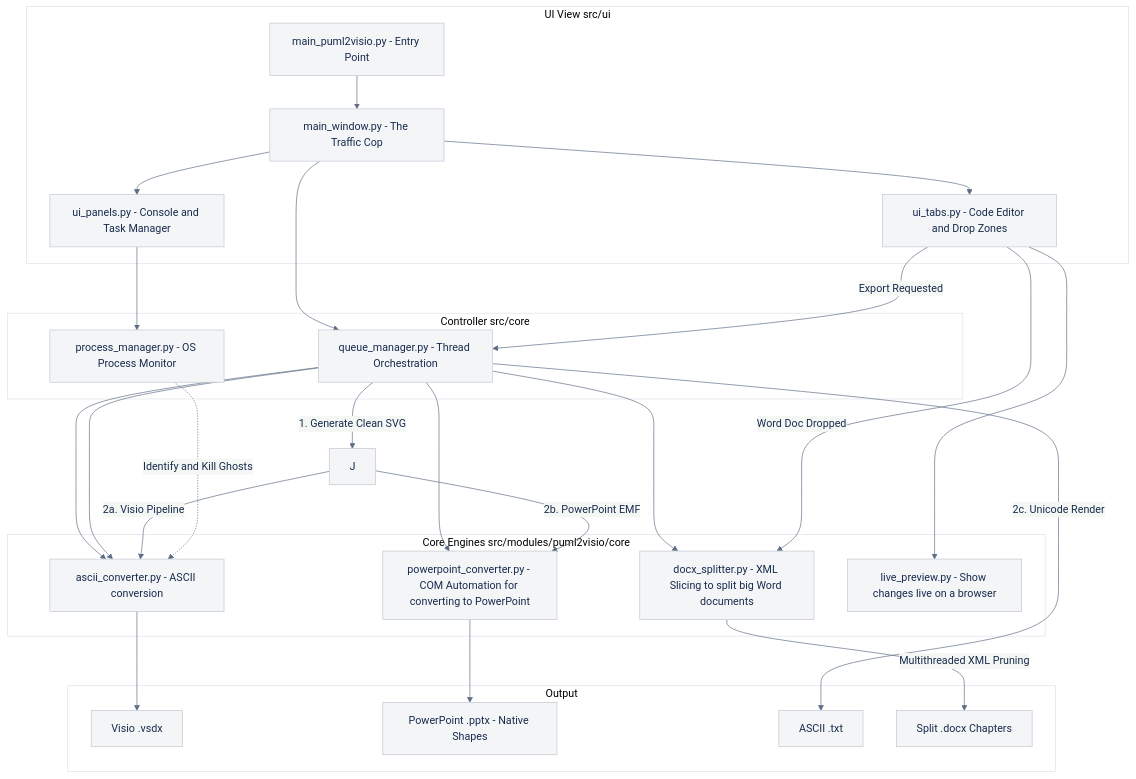
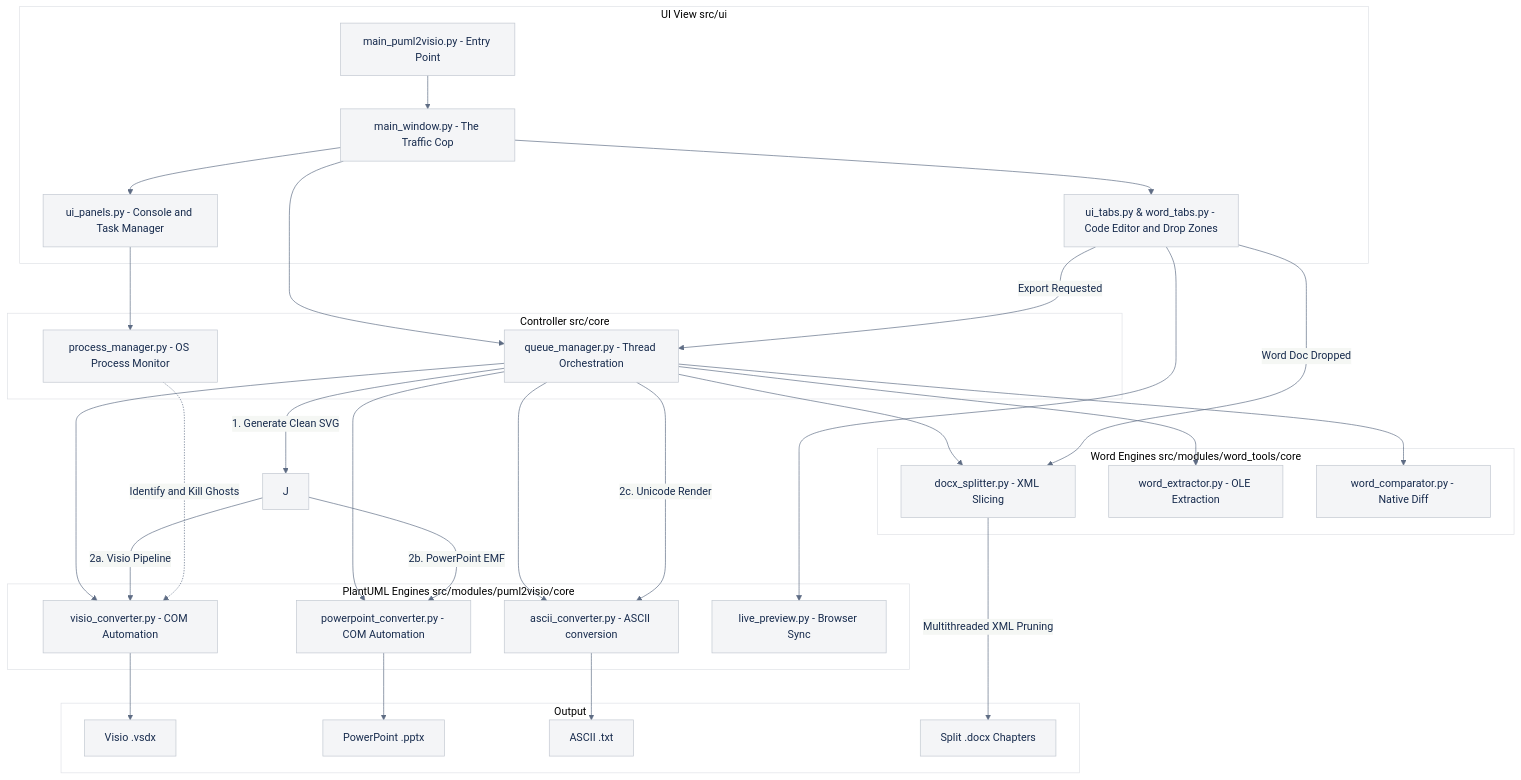
One commit to telekom/3gpp-meeting-tools changed the diagram in 3GPP Tools/README.md. Above: the diagram before and after it, drawn with Mermaid. The commit also changed other lines of this file, not shown here.

Commit message:
Documentation update

````diff
--- a/3GPP Tools/README.md
+++ b/3GPP Tools/README.md
@@ -37,45 +38,51 @@
 ```mermaid
 %%{init: {"theme": "base", "themeVariables": { "primaryColor": "#f4f5f7", "primaryBorderColor": "#c1c7d0", "primaryTextColor": "#172b4d", "lineColor": "#5e6c84", "fontFamily": "Segoe UI, sans-serif", "clusterBkg": "#ffffff", "clusterBorder": "#dfe1e6" }}}%%
 graph TD
     subgraph view [UI View src/ui]
         E[main_puml2visio.py - Entry Point] --> M[main_window.py - The Traffic Cop]
-        M --> T[ui_tabs.py - Code Editor and Drop Zones]
+        M --> T[ui_tabs.py & word_tabs.py - Code Editor and Drop Zones]
         M --> P[ui_panels.py - Console and Task Manager]
     end
 
     subgraph controller [Controller src/core]
         M --> Q[queue_manager.py - Thread Orchestration]
         P --> PM[process_manager.py - OS Process Monitor]
     end
 
-    subgraph model [Core Engines src/modules/puml2visio/core]
-        Q --> V[visio_converter.py - COM Automation for converting to Visio]
-        Q --> V[ascii_converter.py - ASCII conversion]
-        Q --> PPT[powerpoint_converter.py - COM Automation for converting to PowerPoint]
-        Q --> DOCX[docx_splitter.py - XML Slicing to split big Word documents]
-        T --> LP[live_preview.py - Show changes live on a browser]
+    subgraph model_puml [PlantUML Engines src/modules/puml2visio/core]
+        Q --> V[visio_converter.py - COM Automation]
+        Q --> A[ascii_converter.py - ASCII conversion]
+        Q --> PPT[powerpoint_converter.py - COM Automation]
+        T --> LP[live_preview.py - Browser Sync]
+    end
+
+    subgraph model_word [Word Engines src/modules/word_tools/core]
+        Q --> DOCX[docx_splitter.py - XML Slicing]
+        Q --> WEXT[word_extractor.py - OLE Extraction]
+        Q --> WCMP[word_comparator.py - Native Diff]
     end
 
     subgraph output_group [Output]
         OutV[Visio .vsdx]
-        OutP[PowerPoint .pptx - Native Shapes]
+        OutP[PowerPoint .pptx]
         OutA[ASCII .txt]
         OutW[Split .docx Chapters]
     end
 
     T -->|Export Requested| Q
     Q -->|1. Generate Clean SVG| J
     
     J -->|2a. Visio Pipeline| V
     V --> OutV
 
     J -->|2b. PowerPoint EMF| PPT
     PPT --> OutP
     
-    Q -->|2c. Unicode Render| OutA
+    Q -->|2c. Unicode Render| A
+    A --> OutA
     
     T -->|Word Doc Dropped| DOCX
     DOCX -->|Multithreaded XML Pruning| OutW
     
     PM -.->|Identify and Kill Ghosts| V
 ```
````
